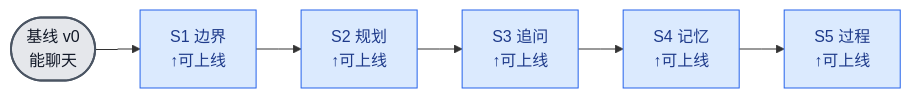
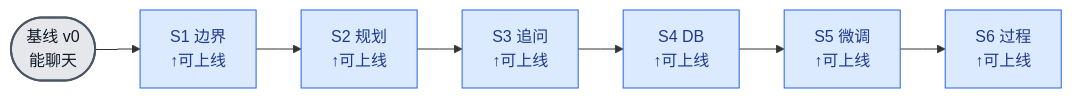
Before and after one commit to vq7k/agent-minimal: the diagram in docs/alpha/任务拆分.md, drawn with Mermaid. The commit also changed other lines of this file and 3 other files, not shown here.

````diff
--- a/docs/alpha/任务拆分.md
+++ b/docs/alpha/任务拆分.md
@@ -36,14 +37,15 @@
 ```mermaid
 %%{init: {"flowchart": {"curve": "stepAfter", "nodeSpacing": 35, "rankSpacing": 45}}}%%
 flowchart LR
     B(["基线 v0<br/>能聊天"]) --> S1["S1 边界<br/>↑可上线"]
     S1 --> S2["S2 规划<br/>↑可上线"]
     S2 --> S3["S3 追问<br/>↑可上线"]
-    S3 --> S4["S4 记忆<br/>↑可上线"]
-    S4 --> S5["S5 过程<br/>↑可上线"]
+    S3 --> S4["S4 DB<br/>↑可上线"]
+    S4 --> S5["S5 微调<br/>↑可上线"]
+    S5 --> S6["S6 过程<br/>↑可上线"]
 
     classDef base fill:#E5E7EB,stroke:#4B5563,stroke-width:2px,color:#111827
     classDef slice fill:#DBEAFE,stroke:#2563EB,color:#1E3A8A
     class B base
-    class S1,S2,S3,S4,S5 slice
+    class S1,S2,S3,S4,S5,S6 slice
 ```
````
